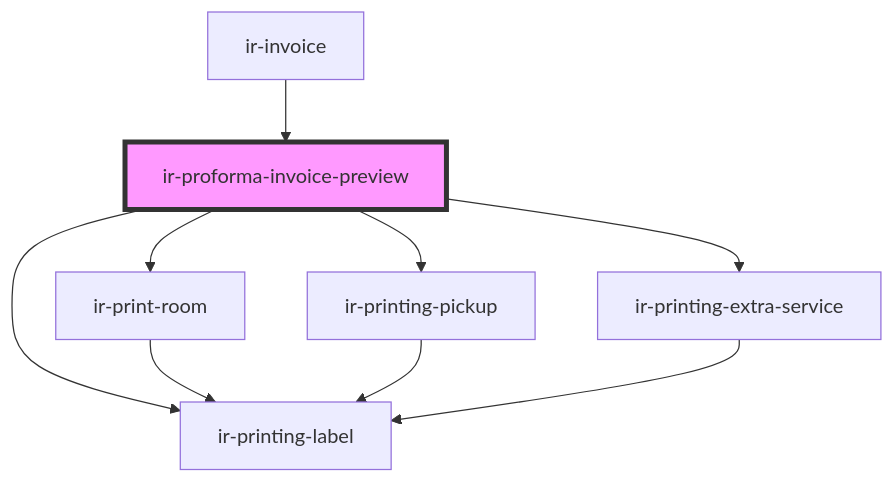
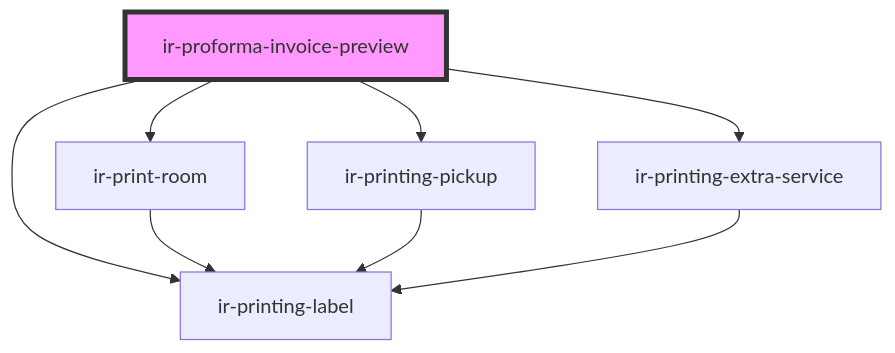
One commit to RonyRizk/ir-webcmp changed the diagram in src/components/printing/previews/ir-proforma-invoice-preview/readme.md. Above: the diagram before and after it, drawn with Mermaid. The commit also changed other lines of this file and 31 other files, not shown here.

````diff
--- a/src/components/printing/previews/ir-proforma-invoice-preview/readme.md
+++ b/src/components/printing/previews/ir-proforma-invoice-preview/readme.md
@@ -34,12 +30,11 @@
 ```mermaid
 graph TD;
   ir-proforma-invoice-preview --> ir-printing-label
   ir-proforma-invoice-preview --> ir-print-room
   ir-proforma-invoice-preview --> ir-printing-pickup
   ir-proforma-invoice-preview --> ir-printing-extra-service
   ir-print-room --> ir-printing-label
   ir-printing-pickup --> ir-printing-label
   ir-printing-extra-service --> ir-printing-label
-  ir-invoice --> ir-proforma-invoice-preview
   style ir-proforma-invoice-preview fill:#f9f,stroke:#333,stroke-width:4px
 ```
````
